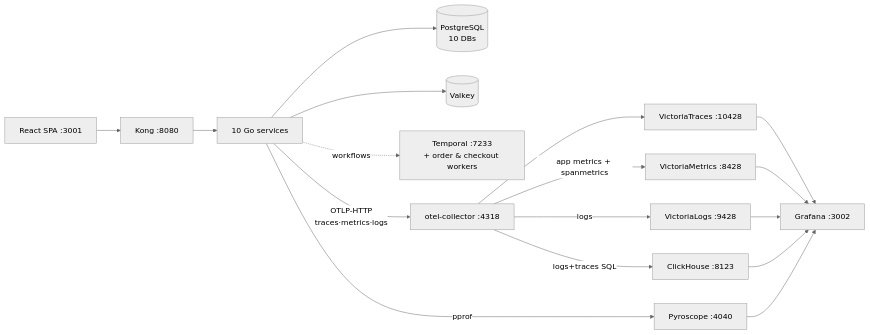
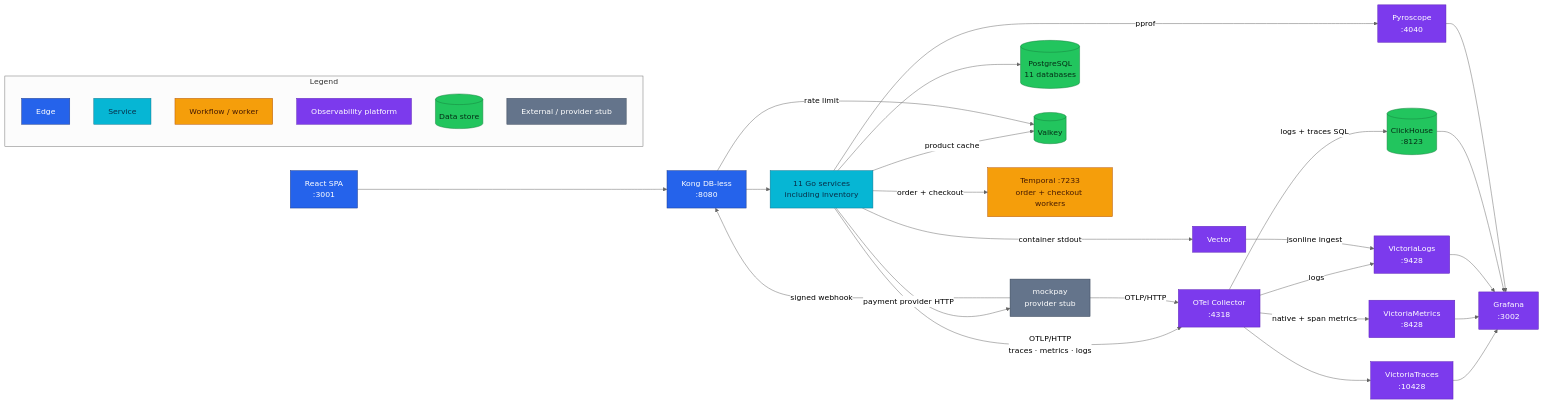
The second of 2 diagrams in local-stack/README.md (duynhlab/homelab), drawn with Mermaid (neutral theme) before and after one commit. The commit also changed other lines of this file and 10 other files, not shown here.

````diff
--- a/local-stack/README.md
+++ b/local-stack/README.md
@@ -47,19 +111,47 @@
 ```mermaid
 flowchart LR
-    SPA["React SPA :3001"] --> KONG["Kong :8080"]
-    KONG --> SVC["10 Go services"]
-    SVC --> PG[(PostgreSQL<br/>10 DBs)]
-    SVC --> VALKEY[(Valkey)]
-    SVC -. workflows .-> TMP["Temporal :7233<br/>+ order & checkout workers"]
-    SVC -- "OTLP-HTTP<br/>traces·metrics·logs" --> COL["otel-collector :4318"]
-    COL --> VT["VictoriaTraces :10428"]
-    COL -->|"app metrics + spanmetrics"| VM["VictoriaMetrics :8428"]
-    COL -->|logs| VL["VictoriaLogs :9428"]
-    COL -->|"logs+traces SQL"| CH["ClickHouse :8123"]
-    VT --> GRAF["Grafana :3002"]
+    SPA["React SPA<br/>:3001"] --> KONG["Kong DB-less<br/>:8080"]
+    KONG --> SVC["11 Go services<br/>including inventory"]
+    SVC -->|"payment provider HTTP"| MP["mockpay<br/>provider stub"]
+    MP -->|"signed webhook"| KONG
+    SVC --> PG[("PostgreSQL<br/>11 databases")]
+    SVC -->|"product cache"| VALKEY[("Valkey")]
+    KONG -->|"rate limit"| VALKEY
+    SVC -->|"order + checkout"| TMP["Temporal :7233<br/>order + checkout workers"]
+    SVC -->|"OTLP/HTTP<br/>traces · metrics · logs"| COL["OTel Collector<br/>:4318"]
+    MP -->|"OTLP/HTTP"| COL
+    SVC -->|"container stdout"| VEC["Vector"]
+    COL --> VT["VictoriaTraces<br/>:10428"]
+    COL -->|"native + span metrics"| VM["VictoriaMetrics<br/>:8428"]
+    COL -->|"logs"| VL["VictoriaLogs<br/>:9428"]
+    COL -->|"logs + traces SQL"| CH[("ClickHouse<br/>:8123")]
+    VEC -->|"jsonline ingest"| VL
+    VT --> GRAF["Grafana<br/>:3002"]
     VM --> GRAF
     VL --> GRAF
     CH --> GRAF
-    SVC -- "pprof" --> PYRO["Pyroscope :4040"]
+    SVC -->|"pprof"| PYRO["Pyroscope<br/>:4040"]
     PYRO --> GRAF
+
+    subgraph Legend["Legend"]
+        LEdge["Edge"]
+        LService["Service"]
+        LWorker["Workflow / worker"]
+        LPlatform["Observability platform"]
+        LData[("Data store")]
+        LExternal["External / provider stub"]
+    end
+
+    classDef edge fill:#2563eb,color:#fff,stroke:#1e3a8a;
+    classDef service fill:#06b6d4,color:#082f49,stroke:#0e7490;
+    classDef worker fill:#f59e0b,color:#451a03,stroke:#b45309;
+    classDef platform fill:#7c3aed,color:#fff,stroke:#5b21b6;
+    classDef data fill:#22c55e,color:#052e16,stroke:#15803d;
+    classDef external fill:#64748b,color:#fff,stroke:#334155;
+    class SPA,KONG,LEdge edge;
+    class SVC,LService service;
+    class TMP,LWorker worker;
+    class COL,VEC,VT,VM,VL,GRAF,PYRO,LPlatform platform;
+    class PG,VALKEY,CH,LData data;
+    class MP,LExternal external;
 ```
````
